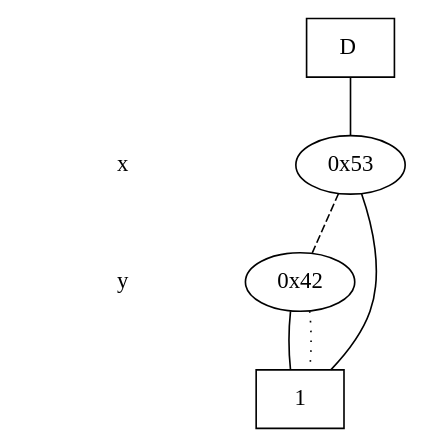
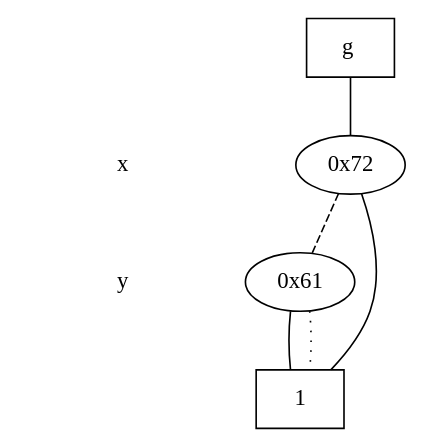
One commit to steefbrown/ece6740 changed the diagram in cudd-3.0.0/hw5_divisor.dot. Above: the diagram before and after it, drawn with Graphviz. The commit also changed 26 other files, not shown here.

```diff
--- a/cudd-3.0.0/hw5_divisor.dot
+++ b/cudd-3.0.0/hw5_divisor.dot
@@ -1,28 +1,28 @@
 digraph "DD" {
 size = "7.5,10"
 center = true;
 edge [dir = none];
 { node [shape = plaintext];
   edge [style = invis];
   "CONST NODES" [style = invis];
 " x " -> " y " -> "CONST NODES"; 
 }
 { rank = same; node [shape = box]; edge [style = invis];
-"  D  "; }
+"  g  "; }
 { rank = same; " x ";
-"0x53";
+"0x72";
 }
 { rank = same; " y ";
-"0x42";
+"0x61";
 }
 { rank = same; "CONST NODES";
-{ node [shape = box]; "0x3d";
+{ node [shape = box]; "0x5c";
 }
 }
-"  D  " -> "0x53" [style = solid];
-"0x53" -> "0x3d";
-"0x53" -> "0x42" [style = dashed];
-"0x42" -> "0x3d";
-"0x42" -> "0x3d" [style = dotted];
-"0x3d" [label = "1"];
+"  g  " -> "0x72" [style = solid];
+"0x72" -> "0x5c";
+"0x72" -> "0x61" [style = dashed];
+"0x61" -> "0x5c";
+"0x61" -> "0x5c" [style = dotted];
+"0x5c" [label = "1"];
 }
```
